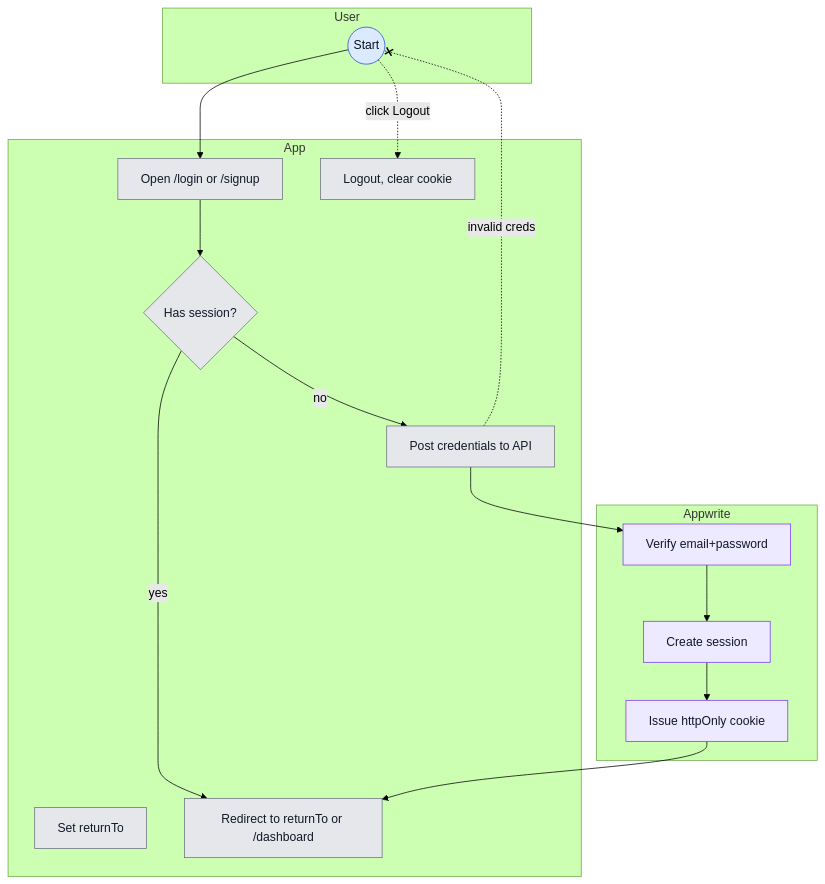
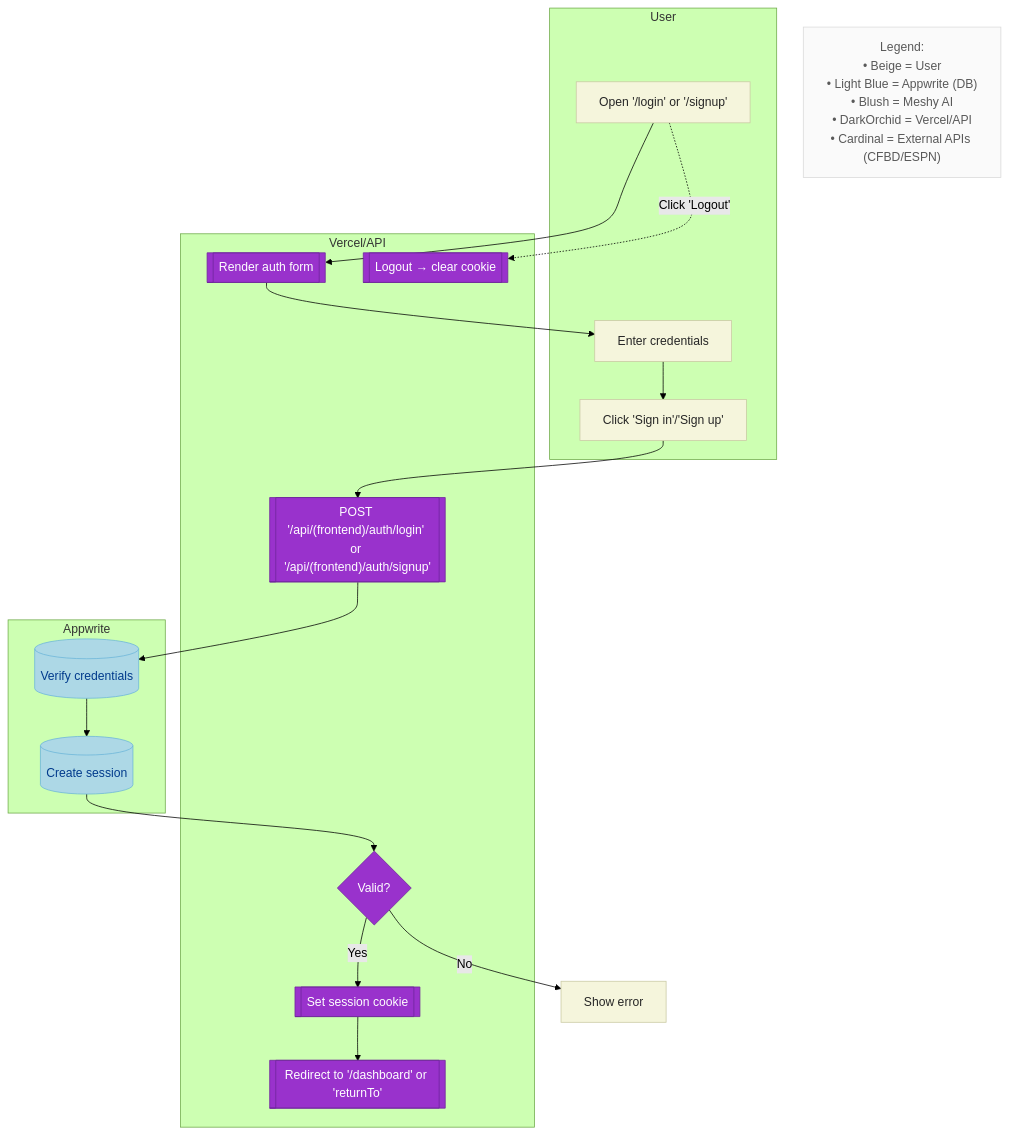
One commit to kpm34/college-football-fantasy-app changed the diagram in docs/diagrams/user-journeys/auth-sign-in-up.md. Above: the diagram before and after it, drawn with Mermaid (forest theme). The commit also changed 4 other files, not shown here.

Commit message:
docs(user-journeys): standardize to swimlane flowchart TD with classes and legend

````diff
--- a/docs/diagrams/user-journeys/auth-sign-in-up.md
+++ b/docs/diagrams/user-journeys/auth-sign-in-up.md
@@ -7,42 +7,47 @@
 ```mermaid
 flowchart TD
-  %% Lanes
-  subgraph User
-    U0((Start))
-  end
-  subgraph App
-    %% Avoid special shape variants to reduce parser ambiguity
-    A1[Open /login or /signup]
-    A2{Has session?}
-    A3[Post credentials to API]
-    A4[Set returnTo]
-    A5[Redirect to returnTo or /dashboard]
-    A6[Logout, clear cookie]
-  end
-  subgraph Appwrite
-    W1[Verify email+password]
-    W2[Create session]
-    W3[Issue httpOnly cookie]
+  %% Service classes
+  classDef user fill:#F5F5DC,stroke:#C9C9A3,color:#262626;
+  classDef appwrite fill:#ADD8E6,stroke:#6CB6D9,color:#003A8C;
+  classDef meshy fill:#DE5D83,stroke:#B34463,color:#FFFFFF;
+  classDef vercel fill:#9932CC,stroke:#6E259B,color:#FFFFFF;
+  classDef external fill:#C41E3A,stroke:#8E1F2E,color:#FFFFFF;
+  classDef legend fill:#FAFAFA,stroke:#D9D9D9,color:#595959;
+
+  %% Swimlanes
+  subgraph "User"
+    U0["Open '/login' or '/signup'"]
+    U1["Enter credentials"]
+    U2["Click 'Sign in'/'Sign up'"]
   end
 
-  U0 --> A1
-  A1 --> A2
-  A2 -- yes --> A5
-  A2 -- no --> A3
-  A3 --> W1 --> W2 --> W3 --> A5
+  subgraph "Vercel/API"
+    V0[["Render auth form"]]
+    V1[["POST '/api/(frontend)/auth/login' or '/api/(frontend)/auth/signup'"]]
+    D1{Valid?}
+    V2[["Set session cookie"]]
+    V3[["Redirect to '/dashboard' or 'returnTo'"]]
+    V4[["Logout → clear cookie"]]
+  end
 
-  %% Errors
-  A3 -. invalid creds .-x U0
+  subgraph "Appwrite"
+    A0[("Verify credentials")]
+    A1[("Create session")]
+  end
 
-  %% Logout (separate entry)
-  U0 -. click Logout .-> A6
+  %% Flow
+  U0 --> V0 --> U1 --> U2 --> V1 --> A0 --> A1 --> D1
+  D1 -- "Yes" --> V2 --> V3
+  D1 -- "No" --> E1["Show error"]
 
-  %% Lane colors (match UI legend blues/purples)
-  classDef laneUser fill:#DBEAFE,stroke:#1D4ED8,color:#0B1020
-  classDef laneApp fill:#E5E7EB,stroke:#6B7280,color:#111827
-  classDef laneAppwrite fill:#EDE9FE,stroke:#7C3AED,color:#111827
+  %% Logout
+  U0 -. "Click 'Logout'" .-> V4
 
-  class U0 laneUser
-  class A1,A2,A3,A4,A5,A6 laneApp
-  class W1,W2,W3 laneAppwrite
+  %% Classes
+  class U0,U1,U2,E1 user
+  class V0,V1,V2,V3,V4,D1 vercel
+  class A0,A1 appwrite
+
+  %% Legend at end
+  Legend["Legend:\n• Beige = User\n• Light Blue = Appwrite (DB)\n• Blush = Meshy AI\n• DarkOrchid = Vercel/API\n• Cardinal = External APIs (CFBD/ESPN)"]:::legend
 ```
````
